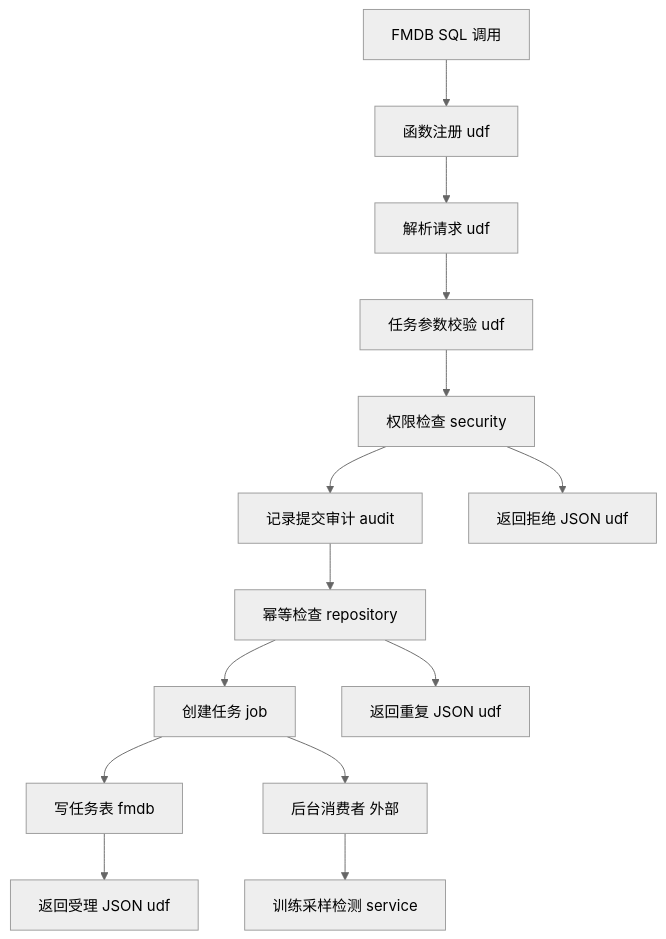
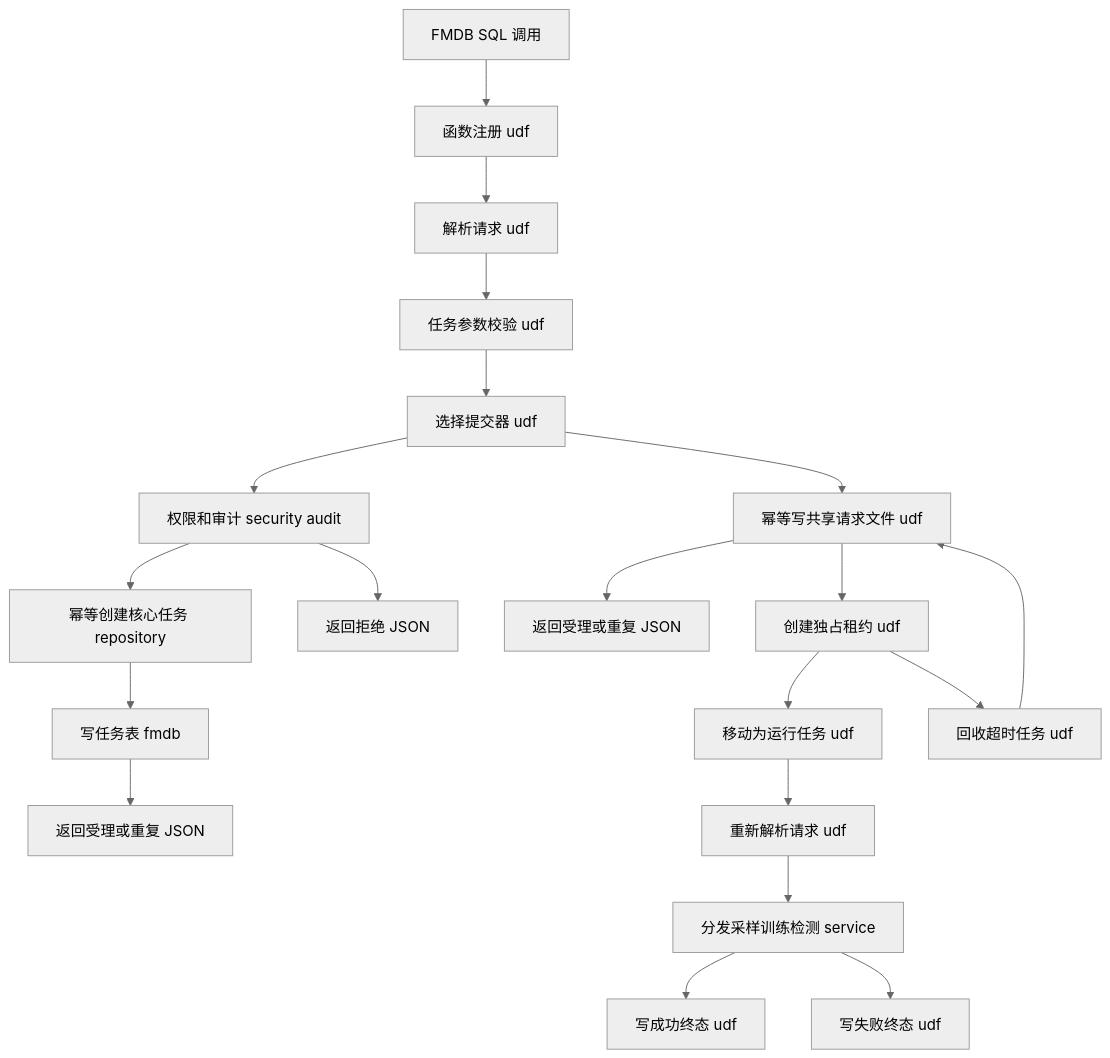
One commit to 18963603561/fmdb_udf_raha changed the fifth of 14 diagrams in doc/20260715/Raha工程-源码完整分析-202607150943.md. Above: the diagram before and after it, drawn with Mermaid (neutral theme). The commit also changed other lines of this file and 12 other files, not shown here.

````diff
--- a/doc/20260715/Raha工程-源码完整分析-202607150943.md
+++ b/doc/20260715/Raha工程-源码完整分析-202607150943.md
@@ -764,16 +812,22 @@
 ```mermaid
 graph TD;
 n01[FMDB SQL 调用] --> n02[函数注册 udf];
 n02 --> n03[解析请求 udf];
 n03 --> n04[任务参数校验 udf];
-n04 --> n05[权限检查 security];
-n05 --> n06[记录提交审计 audit];
-n06 --> n07[幂等检查 repository];
-n07 --> n08[创建任务 job];
-n08 --> n09[写任务表 fmdb];
-n09 --> n10[返回受理 JSON udf];
-n07 --> n11[返回重复 JSON udf];
-n05 --> n12[返回拒绝 JSON udf];
-n08 --> n13[后台消费者 外部];
-n13 --> n14[训练采样检测 service];
+n04 --> n05[选择提交器 udf];
+n05 --> n06[权限和审计 security audit];
+n06 --> n07[幂等创建核心任务 repository];
+n07 --> n08[写任务表 fmdb];
+n08 --> n09[返回受理或重复 JSON];
+n06 --> n10[返回拒绝 JSON];
+n05 --> n11[幂等写共享请求文件 udf];
+n11 --> n12[返回受理或重复 JSON];
+n11 --> n13[创建独占租约 udf];
+n13 --> n14[移动为运行任务 udf];
+n14 --> n15[重新解析请求 udf];
+n15 --> n16[分发采样训练检测 service];
+n16 --> n17[写成功终态 udf];
+n16 --> n18[写失败终态 udf];
+n13 --> n19[回收超时任务 udf];
+n19 --> n11;
 ```
````
